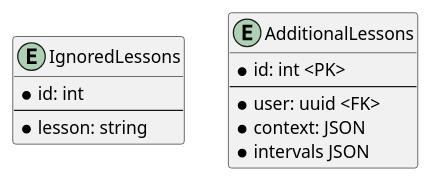
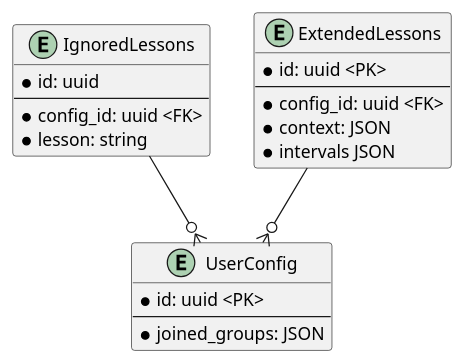
The diagram in ExtendedSchedule/docs/scheme.puml (tellmeac/ExtendedSchedule), drawn with PlantUML before and after one commit. The commit also changed 13 other files, not shown here.

```diff
--- a/ExtendedSchedule/docs/scheme.puml
+++ b/ExtendedSchedule/docs/scheme.puml
@@ -1,17 +1,28 @@
 @startuml EntityDiagram
 
+entity UserConfig {
+    * id: uuid <PK>
+    --
+    * joined_groups: JSON
+}
+
 entity IgnoredLessons {
-    * id: int
+    * id: uuid
     --
+    * config_id: uuid <FK>
     * lesson: string
 }
 
-entity AdditionalLessons {
-    * id: int <PK>
+IgnoredLessons --o{ UserConfig
+
+entity ExtendedLessons {
+    * id: uuid <PK>
     --
-    * user: uuid <FK>
+    * config_id: uuid <FK>
     * context: JSON
     * intervals JSON
 }
 
+ExtendedLessons --o{ UserConfig
+
 @enduml
```
